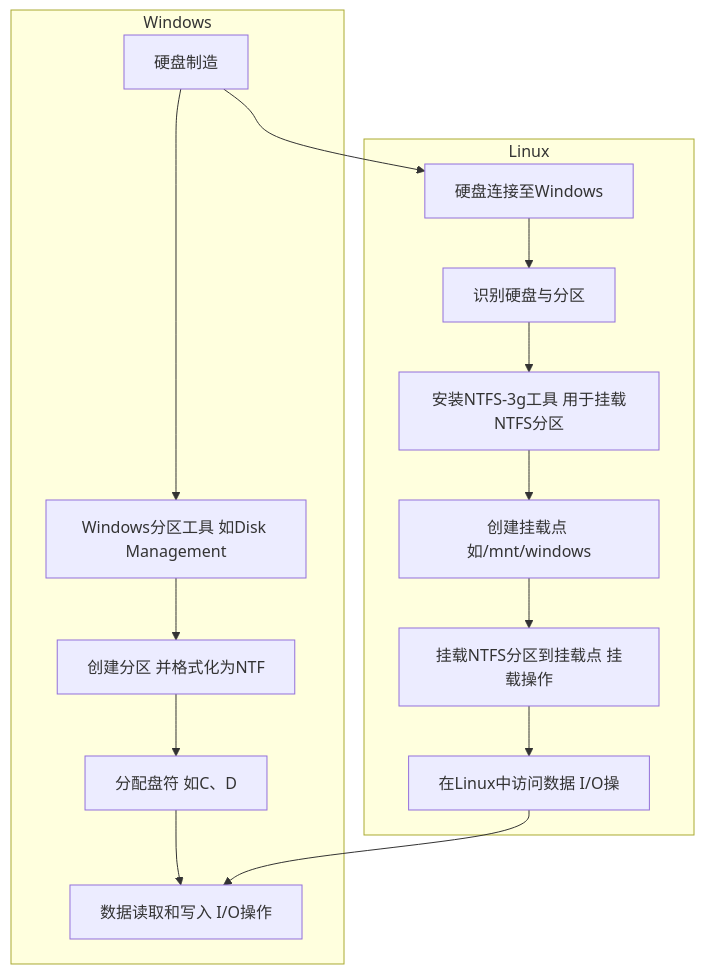
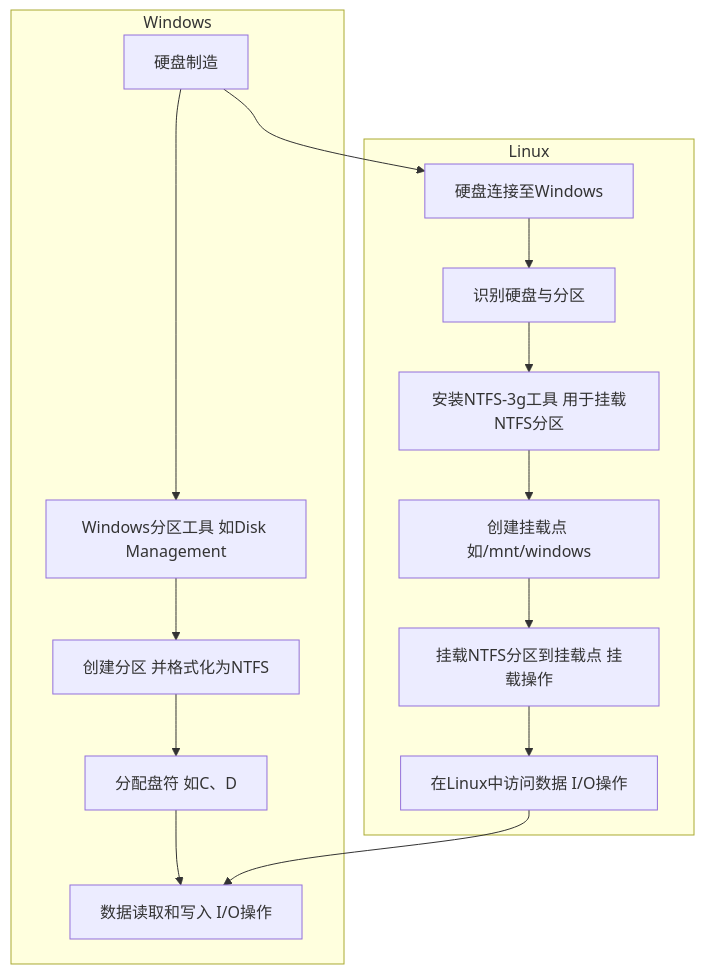
One commit to xiongsircool/xiongbook changed the second of 2 diagrams in _posts/2023-9-28-mount-disk-to-dir-unbuntu.md. Above: the diagram before and after it, drawn with Mermaid.

Commit message:
更新一次

```diff
--- a/_posts/2023-9-28-mount-disk-to-dir-unbuntu.md
+++ b/_posts/2023-9-28-mount-disk-to-dir-unbuntu.md
@@ -208,20 +208,20 @@
 <div class="mermaid">
-    graph TD;
-    subgraph Windows
-      A[硬盘制造] --> B[Windows分区工具 如Disk Management];
-      B --> C[创建分区 并格式化为NTF ];
-      C --> D[分配盘符 如C、D ];
-      D --> E[存储数据至NTFS分区 I/O操作];
-    end
+  graph TD;
+  subgraph Windows
+    A[硬盘制造] --> B[Windows分区工具 如Disk Management];
+    B --> C[创建分区 并格式化为NTFS];
+    C --> D[分配盘符 如C、D];
+    D --> E[存储数据至NTFS分区 I/O操作];
+  end
 
-    subgraph Linux
-      F[Linux操作系统如Ubuntu];
-      F --> G[识别硬盘与分区];
-      G --> H[安装NTFS-3g工具 用于挂载NTFS分区];
-      H --> I[创建挂载点 如/mnt/windows];
-      I --> J[挂载NTFS分区到挂载点 挂载操作];
-      J --> K[在Linux中访问数据 I/O操];
-    end
-    A --> F[硬盘连接至Windows];
-    K --> E[数据读取和写入 I/O操作];
-  </div>
+  subgraph Linux
+    F[Linux操作系统 如Ubuntu];
+    F --> G[识别硬盘与分区];
+    G --> H[安装NTFS-3g工具 用于挂载NTFS分区];
+    H --> I[创建挂载点 如/mnt/windows];
+    I --> J[挂载NTFS分区到挂载点 挂载操作];
+    J --> K[在Linux中访问数据 I/O操作];
+  end
+  A --> F[硬盘连接至Windows];
+  K --> E[数据读取和写入 I/O操作];
+</div>
```
